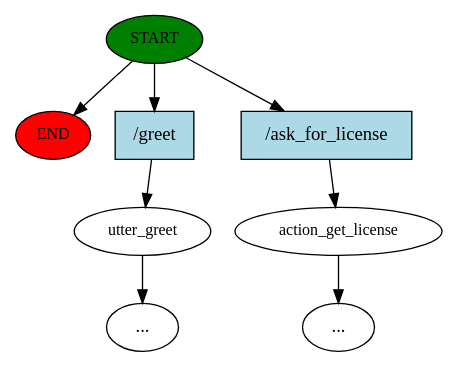
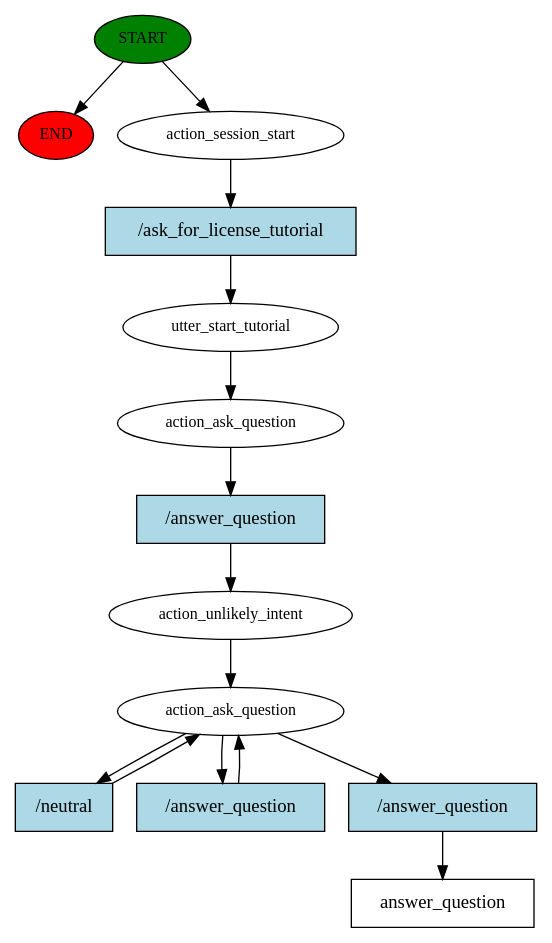
The diagram in src/story_graph.dot (CS-UCY-SEIT-lab/Licy_License_Chatbot_V2), drawn with Graphviz before and after one commit. The commit also changed 565 other files, not shown here.

Commit message:
Question loop(tutorial)

```diff
--- a/src/story_graph.dot
+++ b/src/story_graph.dot
@@ -1,17 +1,29 @@
 digraph  {
 0 [class="start active", fillcolor=green, fontsize=12, label=START, style=filled];
 "-1" [class=end, fillcolor=red, fontsize=12, label=END, style=filled];
-1 [class="", fontsize=12, label=utter_greet];
-2 [class="active dashed", fontsize=12, label=action_get_license];
-"-5" [class=ellipsis, label="..."];
-"-7" [class=ellipsis, label="..."];
-7 [class=intent, fillcolor=lightblue, label="/greet", shape=rect, style=filled];
-8 [class="intent active", fillcolor=lightblue, label="/ask_for_license", shape=rect, style=filled];
+1 [class=active, fontsize=12, label=action_session_start];
+2 [class=active, fontsize=12, label=utter_start_tutorial];
+3 [class=active, fontsize=12, label=action_ask_question];
+4 [class=active, fontsize=12, label=action_unlikely_intent];
+5 [class=active, fontsize=12, label=action_ask_question];
+9 [class="intent dashed active", label=answer_question, shape=rect];
+10 [class="intent active", fillcolor=lightblue, label="/ask_for_license_tutorial", shape=rect, style=filled];
+11 [class="intent active", fillcolor=lightblue, label="/answer_question", shape=rect, style=filled];
+12 [class="intent active", fillcolor=lightblue, label="/neutral", shape=rect, style=filled];
+13 [class="intent active", fillcolor=lightblue, label="/answer_question", shape=rect, style=filled];
+14 [class="intent active", fillcolor=lightblue, label="/answer_question", shape=rect, style=filled];
 0 -> "-1"  [class="", key=NONE, label=""];
-0 -> 7  [class="", key=0];
-0 -> 8  [class=active, key=0];
-1 -> "-7"  [class="", key=NONE, label=""];
-2 -> "-5"  [class="", key=NONE, label=""];
-7 -> 1  [class="", key=0];
-8 -> 2  [class=active, key=0];
+0 -> 1  [class=active, key=NONE, label=""];
+1 -> 10  [class=active, key=0];
+2 -> 3  [class=active, key=NONE, label=""];
+3 -> 11  [class=active, key=0];
+4 -> 5  [class=active, key=NONE, label=""];
+5 -> 12  [class=active, key=0];
+5 -> 13  [class=active, key=0];
+5 -> 14  [class=active, key=0];
+10 -> 2  [class=active, key=0];
+11 -> 4  [class=active, key=0];
+12 -> 5  [class=active, key=0];
+13 -> 5  [class=active, key=0];
+14 -> 9  [class=active, key=0];
 }
```
